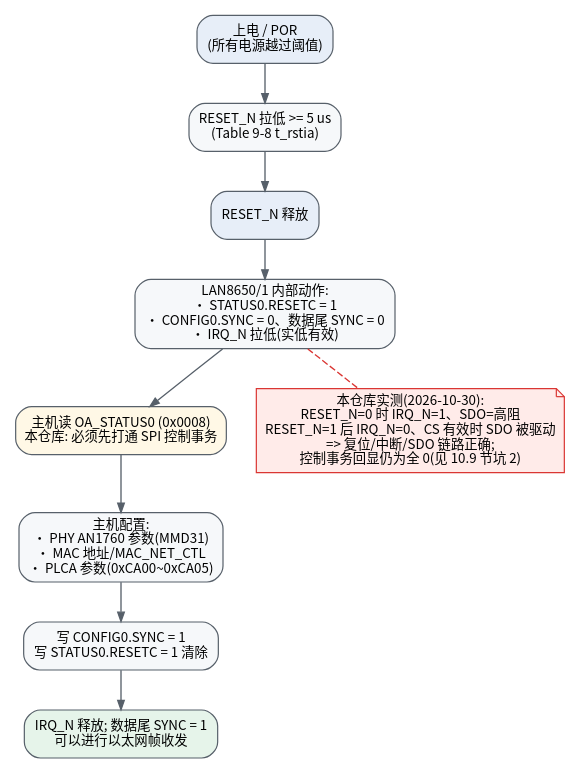
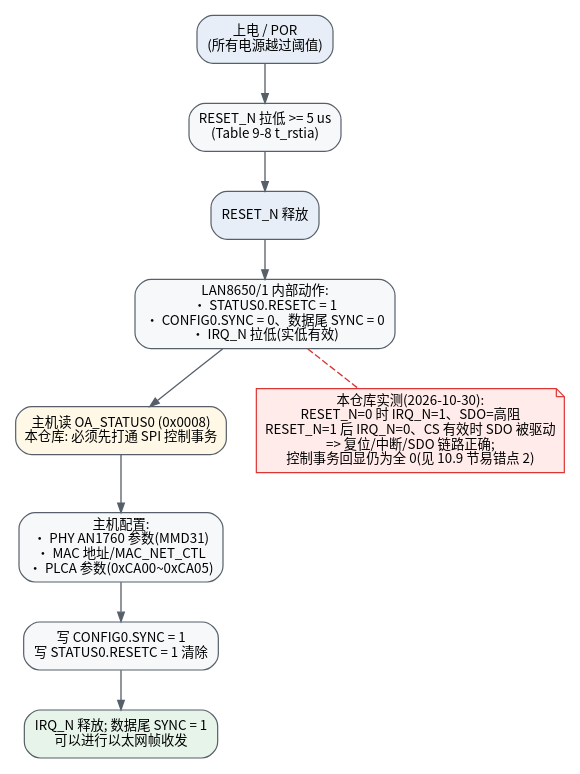
The diagram in hpm5e31_1/docs/figures/10/fig-10-3-bringup-fsm.dot (weifengdq/embedded), drawn with Graphviz before and after one commit. The commit also changed 280 other files, not shown here.

```diff
--- a/hpm5e31_1/docs/figures/10/fig-10-3-bringup-fsm.dot
+++ b/hpm5e31_1/docs/figures/10/fig-10-3-bringup-fsm.dot
@@ -1,23 +1,23 @@
 
 digraph bringup {
   rankdir=TB;
   graph [fontname="Noto Sans CJK SC", fontsize=11, bgcolor="white", nodesep=0.32, ranksep=0.42];
   node  [shape=box, style="rounded,filled", fontname="Noto Sans CJK SC", fontsize=10,
          color="#57606A", fillcolor="#F6F8FA", penwidth=0.9];
   edge  [fontname="Noto Sans CJK SC", fontsize=9, color="#57606A", arrowsize=0.7];
 
   por    [label="上电 / POR\n(所有电源越过阈值)", fillcolor="#E7EEF8"];
   rstn   [label="RESET_N 拉低 >= 5 us\n(Table 9-8 t_rstia)"];
   rel    [label="RESET_N 释放", fillcolor="#E7EEF8"];
   state  [label="LAN8650/1 内部动作:\n• STATUS0.RESETC = 1\n• CONFIG0.SYNC = 0、数据尾 SYNC = 0\n• IRQ_N 拉低(实低有效)"];
 
   read   [label="主机读 OA_STATUS0 (0x0008)\n本仓库: 必须先打通 SPI 控制事务", fillcolor="#FFF8E6"];
   cfg    [label="主机配置:\n• PHY AN1760 参数(MMD31)\n• MAC 地址/MAC_NET_CTL\n• PLCA 参数(0xCA00~0xCA05)"];
   sync   [label="写 CONFIG0.SYNC = 1\n写 STATUS0.RESETC = 1 清除"];
   run    [label="IRQ_N 释放; 数据尾 SYNC = 1\n可以进行以太网帧收发", fillcolor="#E6F4EA"];
 
   por -> rstn -> rel -> state -> read -> cfg -> sync -> run;
 
-  meas   [shape=note, label="本仓库实测(2026-10-30):\nRESET_N=0 时 IRQ_N=1、SDO=高阻\nRESET_N=1 后 IRQ_N=0、CS 有效时 SDO 被驱动\n=> 复位/中断/SDO 链路正确;\n控制事务回显仍为全 0(见 10.9 节坑 2)", fillcolor="#FFEBE9", color="#DA3633"];
+  meas   [shape=note, label="本仓库实测(2026-10-30):\nRESET_N=0 时 IRQ_N=1、SDO=高阻\nRESET_N=1 后 IRQ_N=0、CS 有效时 SDO 被驱动\n=> 复位/中断/SDO 链路正确;\n控制事务回显仍为全 0(见 10.9 节易错点 2)", fillcolor="#FFEBE9", color="#DA3633"];
   state -> meas [style=dashed, arrowhead=none, color="#DA3633"];
 }
```
